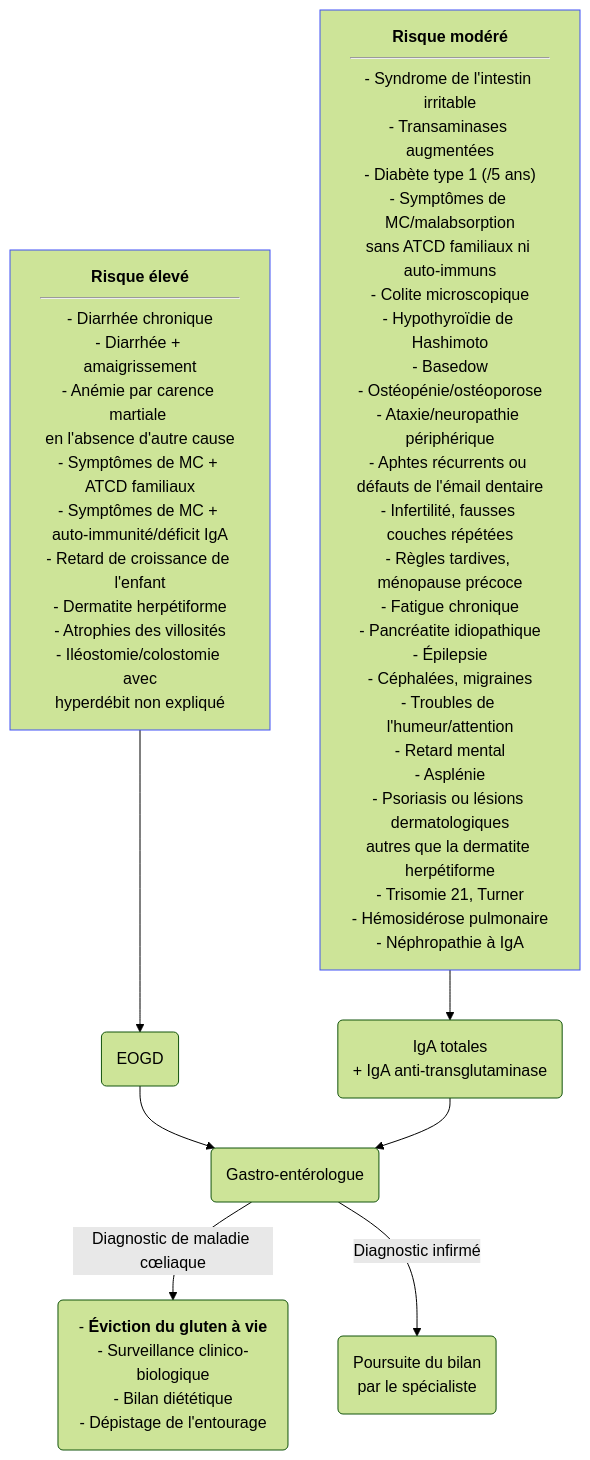
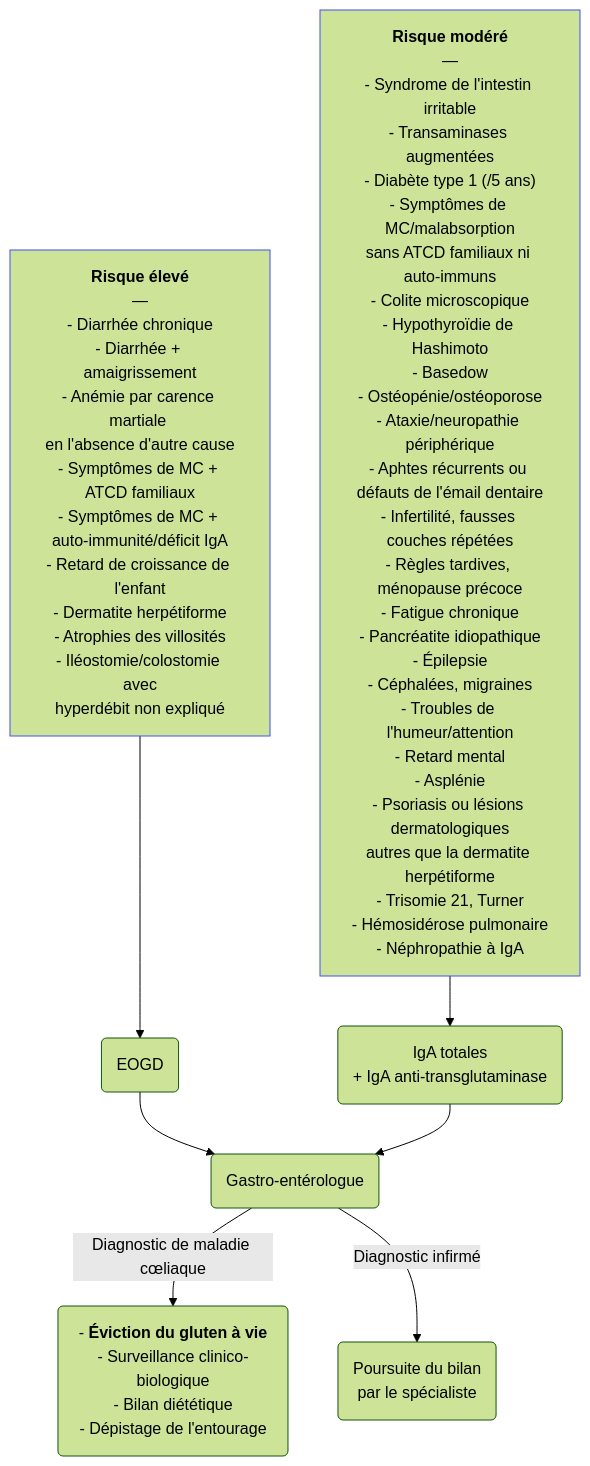
The diagram in content/recommandations/maladie-coeliaque.md (djibe/recommandations-medicales), drawn with Mermaid (forest theme) before and after one commit. The commit also changed 51 other files, not shown here.

```diff
--- a/content/recommandations/maladie-coeliaque.md
+++ b/content/recommandations/maladie-coeliaque.md
@@ -295,10 +295,10 @@
 {{< mermaid title="Conduite à tenir en cas de suspicion de maladie cœliaque. Dr JB Fron d'après ESsCD 2019" >}}
 graph TB
-  symptomatique["<b>Risque élevé</b><hr>- Diarrhée chronique<br>- Diarrhée + amaigrissement<br>- Anémie par carence martiale <br>en l'absence d'autre cause<br>- Symptômes de MC + ATCD familiaux<br>- Symptômes de MC + auto-immunité/déficit IgA<br>- Retard de croissance de l'enfant<br>- Dermatite herpétiforme<br>- Atrophies des villosités<br>- Iléostomie/colostomie avec<br>hyperdébit non expliqué"] --> EOGD(EOGD) --> gastro
+  symptomatique["<b>Risque élevé</b><br>—<br>- Diarrhée chronique<br>- Diarrhée + amaigrissement<br>- Anémie par carence martiale <br>en l'absence d'autre cause<br>- Symptômes de MC + ATCD familiaux<br>- Symptômes de MC + auto-immunité/déficit IgA<br>- Retard de croissance de l'enfant<br>- Dermatite herpétiforme<br>- Atrophies des villosités<br>- Iléostomie/colostomie avec<br>hyperdébit non expliqué"] --> EOGD(EOGD) --> gastro
   style symptomatique stroke:#4150f5, stroke-width:1px
-  personneARisque["<b>Risque modéré</b><hr>- Syndrome de l'intestin irritable<br>- Transaminases augmentées<br>- Diabète type 1 (/5 ans)<br>- Symptômes de MC/malabsorption<br>sans ATCD familiaux ni auto-immuns<br>- Colite microscopique<br>- Hypothyroïdie de Hashimoto<br>- Basedow<br>- Ostéopénie/ostéoporose<br>- Ataxie/neuropathie périphérique<br>- Aphtes récurrents ou défauts de l'émail dentaire<br>- Infertilité, fausses couches répétées<br>- Règles tardives, ménopause précoce<br>- Fatigue chronique<br>- Pancréatite idiopathique<br>- Épilepsie<br>- Céphalées, migraines<br>- Troubles de l'humeur/attention<br>- Retard mental<br>- Asplénie<br>- Psoriasis ou lésions dermatologiques<br>autres que la dermatite herpétiforme<br>- Trisomie 21, Turner<br>- Hémosidérose pulmonaire<br>- Néphropathie à IgA"] --> serologie("IgA totales<br>+ IgA anti-transglutaminase") --> gastro
+  personneARisque["<b>Risque modéré</b><br>—<br>- Syndrome de l'intestin irritable<br>- Transaminases augmentées<br>- Diabète type 1 (/5 ans)<br>- Symptômes de MC/malabsorption<br>sans ATCD familiaux ni auto-immuns<br>- Colite microscopique<br>- Hypothyroïdie de Hashimoto<br>- Basedow<br>- Ostéopénie/ostéoporose<br>- Ataxie/neuropathie périphérique<br>- Aphtes récurrents ou défauts de l'émail dentaire<br>- Infertilité, fausses couches répétées<br>- Règles tardives, ménopause précoce<br>- Fatigue chronique<br>- Pancréatite idiopathique<br>- Épilepsie<br>- Céphalées, migraines<br>- Troubles de l'humeur/attention<br>- Retard mental<br>- Asplénie<br>- Psoriasis ou lésions dermatologiques<br>autres que la dermatite herpétiforme<br>- Trisomie 21, Turner<br>- Hémosidérose pulmonaire<br>- Néphropathie à IgA"] --> serologie("IgA totales<br>+ IgA anti-transglutaminase") --> gastro
   style personneARisque stroke:#4150f5, stroke-width:1px
       gastro(Gastro-entérologue)
       gastro -- Diagnostic de maladie cœliaque --> traitement("- <b>Éviction du gluten à vie</b><br>- Surveillance clinico-biologique<br>- Bilan diététique<br>- Dépistage de l'entourage")
       gastro -- Diagnostic infirmé --> explo("Poursuite du bilan<br>par le spécialiste")
 {{< /mermaid >}}
```
